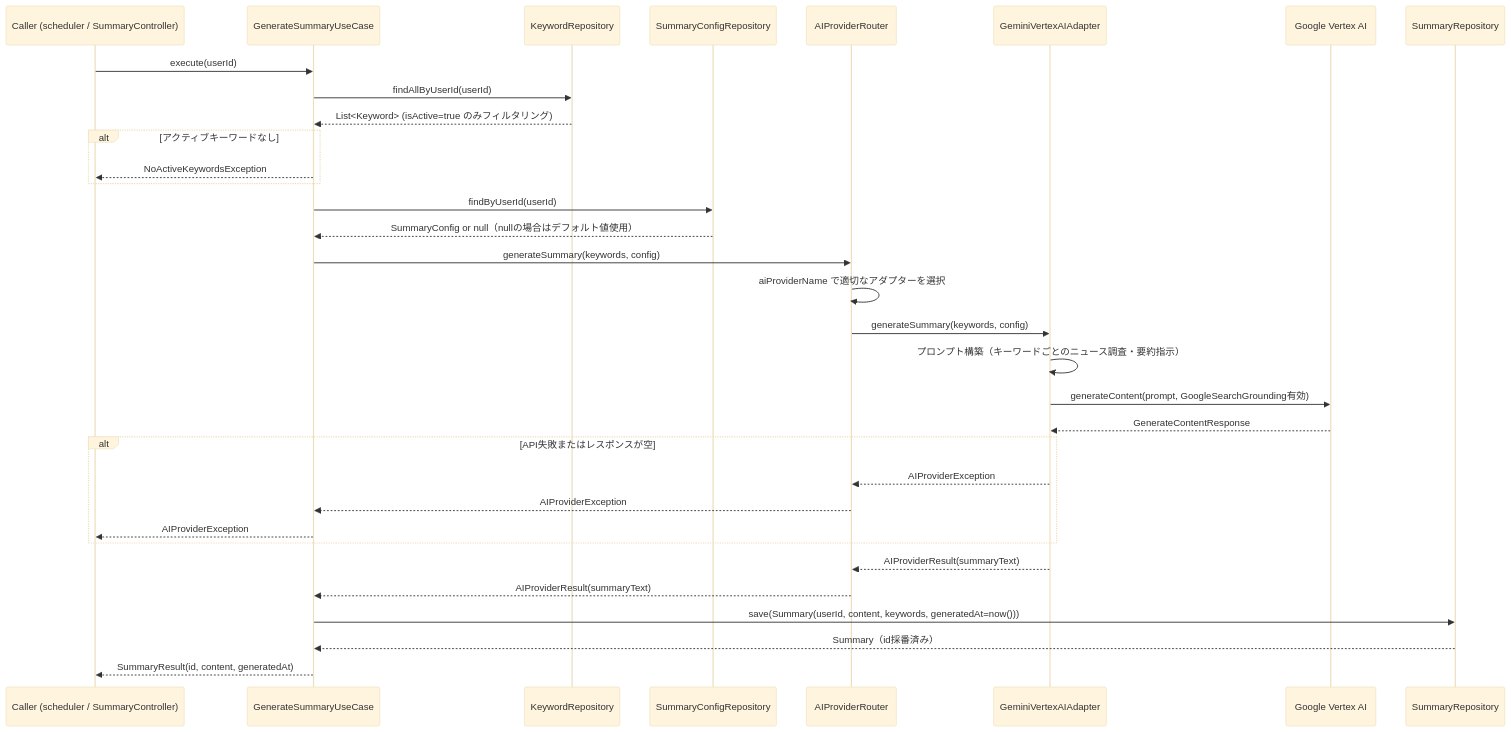
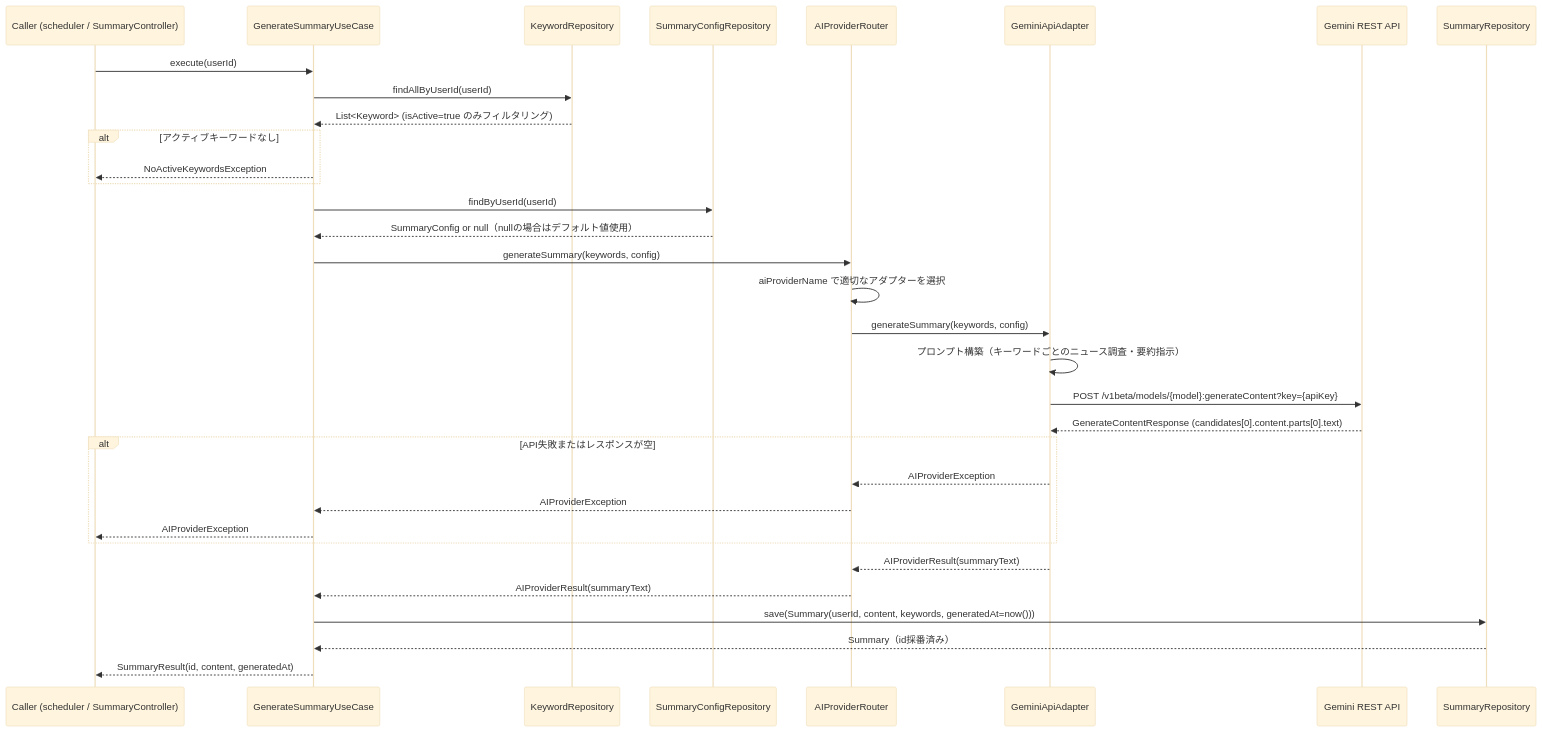
Before and after one commit to terubiz/News-Summary-R: the second of 3 diagrams in .kiro/specs/ai-summary-engine/design.md, drawn with Mermaid (base theme). The commit also changed other lines of this file and 3 other files, not shown here.

````diff
--- a/.kiro/specs/ai-summary-engine/design.md
+++ b/.kiro/specs/ai-summary-engine/design.md
@@ -222,36 +222,36 @@
 ```mermaid
 sequenceDiagram
     participant Caller as Caller (scheduler / SummaryController)
     participant GSUC as GenerateSummaryUseCase
     participant KR as KeywordRepository
     participant SCR as SummaryConfigRepository
     participant APR as AIProviderRouter
-    participant GVA as GeminiVertexAIAdapter
-    participant VertexAI as Google Vertex AI
+    participant GVA as GeminiApiAdapter
+    participant GeminiAPI as Gemini REST API
     participant SR as SummaryRepository
 
     Caller->>GSUC: execute(userId)
     GSUC->>KR: findAllByUserId(userId)
     KR-->>GSUC: List<Keyword> (isActive=true のみフィルタリング)
     alt アクティブキーワードなし
         GSUC-->>Caller: NoActiveKeywordsException
     end
     GSUC->>SCR: findByUserId(userId)
     SCR-->>GSUC: SummaryConfig or null（nullの場合はデフォルト値使用）
     GSUC->>APR: generateSummary(keywords, config)
     APR->>APR: aiProviderName で適切なアダプターを選択
     APR->>GVA: generateSummary(keywords, config)
     GVA->>GVA: プロンプト構築（キーワードごとのニュース調査・要約指示）
-    GVA->>VertexAI: generateContent(prompt, GoogleSearchGrounding有効)
-    VertexAI-->>GVA: GenerateContentResponse
+    GVA->>GeminiAPI: POST /v1beta/models/{model}:generateContent?key={apiKey}
+    GeminiAPI-->>GVA: GenerateContentResponse (candidates[0].content.parts[0].text)
     alt API失敗またはレスポンスが空
         GVA-->>APR: AIProviderException
         APR-->>GSUC: AIProviderException
         GSUC-->>Caller: AIProviderException
     end
     GVA-->>APR: AIProviderResult(summaryText)
     APR-->>GSUC: AIProviderResult(summaryText)
     GSUC->>SR: save(Summary(userId, content, keywords, generatedAt=now()))
     SR-->>GSUC: Summary（id採番済み）
     GSUC-->>Caller: SummaryResult(id, content, generatedAt)
 ```
````
